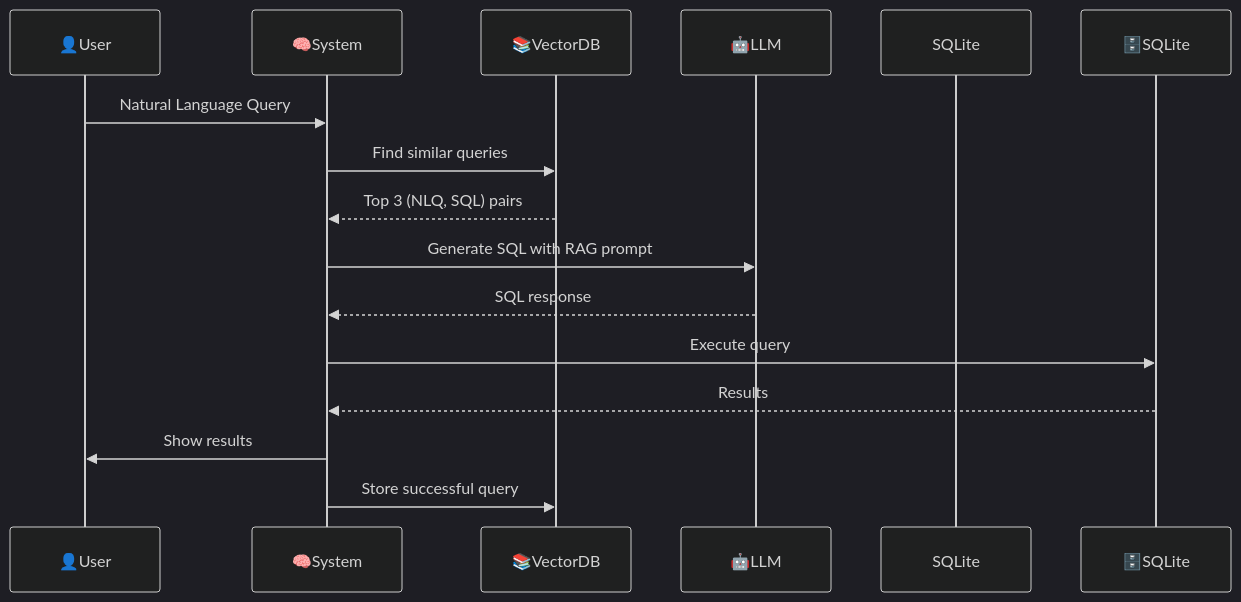
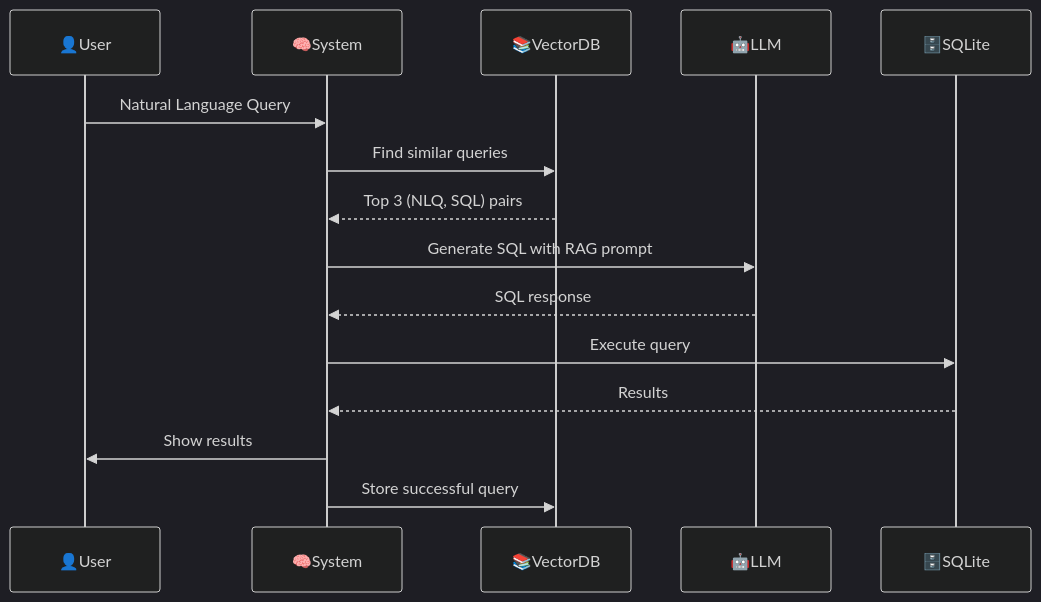
The diagram in README.md (xeomatrix369/std-db), drawn with Mermaid (dark theme) before and after one commit.

````diff
--- a/README.md
+++ b/README.md
@@ -6,18 +6,18 @@
 ```mermaid
 sequenceDiagram
     participant 👤User 
     participant 🧠System
     participant 📚VectorDB
     participant 🤖LLM
-    participant SQLite
+    participant 🗄️SQLite
 
     👤User->>🧠System: Natural Language Query
     🧠System->>📚VectorDB: Find similar queries
     📚VectorDB-->>🧠System: Top 3 (NLQ, SQL) pairs
     🧠System->>🤖LLM: Generate SQL with RAG prompt
     🤖LLM-->>🧠System: SQL response
     🧠System->>🗄️SQLite: Execute query
     🗄️SQLite-->>🧠System: Results
     🧠System->>👤User: Show results
     🧠System->>📚VectorDB: Store successful query
 ```
````
